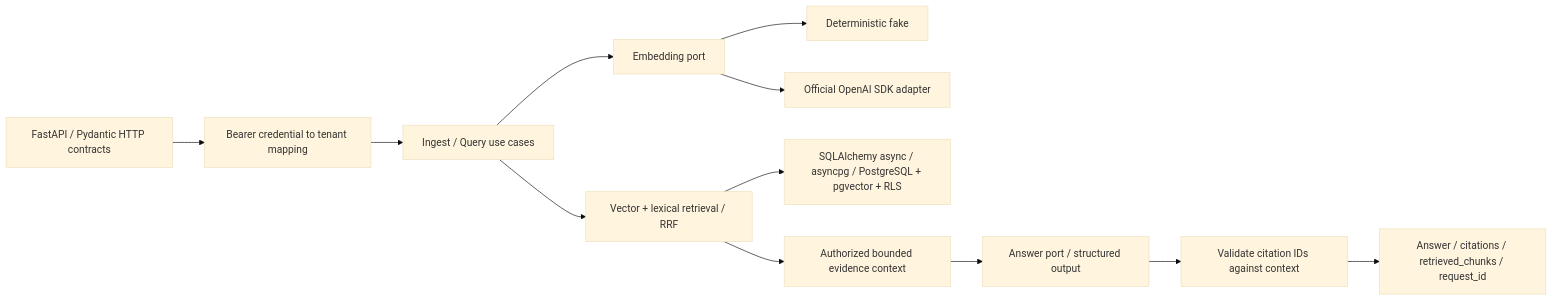
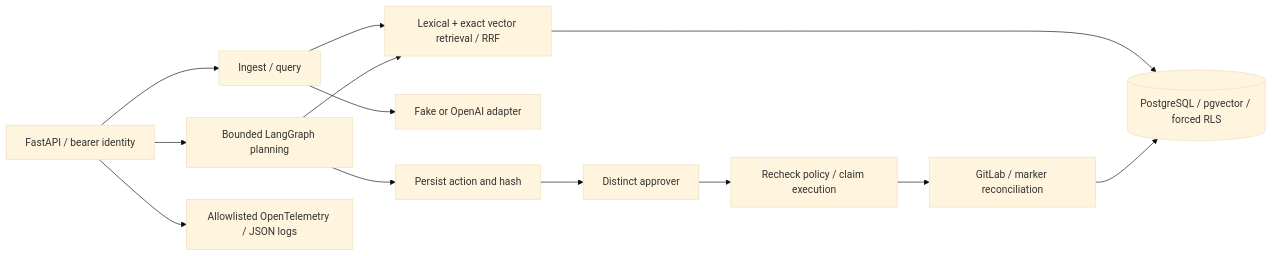
The diagram in README.md (marcelotaparelli/opspilot-ai), drawn with Mermaid (base theme) before and after one commit. The commit also changed other lines of this file and 154 other files, not shown here.

````diff
--- a/README.md
+++ b/README.md
@@ -19,14 +73,15 @@
 ```mermaid
 flowchart LR
-    HTTP[FastAPI / Pydantic HTTP contracts] --> AUTH[Bearer credential to tenant mapping]
-    AUTH --> APP[Ingest / Query use cases]
-    APP --> EMB[Embedding port]
-    EMB --> FAKE[Deterministic fake]
-    EMB --> SDK[Official OpenAI SDK adapter]
-    APP --> RET[Vector + lexical retrieval / RRF]
-    RET --> DB[SQLAlchemy async / asyncpg / PostgreSQL + pgvector + RLS]
-    RET --> CTX[Authorized bounded evidence context]
-    CTX --> LLM[Answer port / structured output]
-    LLM --> VAL[Validate citation IDs against context]
-    VAL --> OUT[Answer / citations / retrieved_chunks / request_id]
+    HTTP[FastAPI / bearer identity] --> RAG[Ingest / query]
+    HTTP --> AGENT[Bounded LangGraph planning]
+    RAG --> RET[Lexical + exact vector retrieval / RRF]
+    RET --> DB[(PostgreSQL / pgvector / forced RLS)]
+    RAG --> AI[Fake or OpenAI adapter]
+    AGENT --> RET
+    AGENT --> PROPOSAL[Persist action and hash]
+    PROPOSAL --> HUMAN[Distinct approver]
+    HUMAN --> POLICY[Recheck policy / claim execution]
+    POLICY --> GL[GitLab / marker reconciliation]
+    GL --> DB
+    HTTP --> OTEL[Allowlisted OpenTelemetry / JSON logs]
 ```
````
